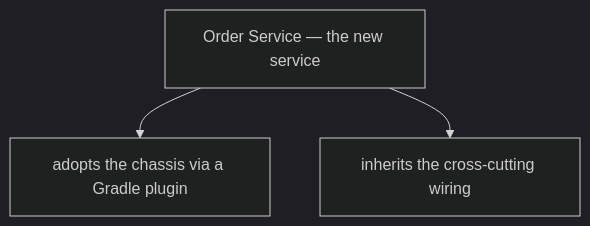
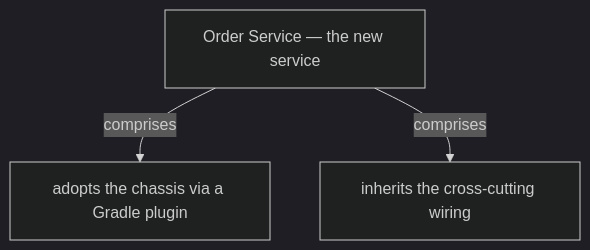
One commit to vinayakuber/microservices-io-study-guide changed the fifth of 13 diagrams in docs/ch30-microservice-chassis.md. Above: the diagram before and after it, drawn with Mermaid (dark theme). The commit also changed other lines of this file and 71 other files, not shown here.

First line of the commit message:
R18: label every diagram arrow with its meaning

````diff
--- a/docs/ch30-microservice-chassis.md
+++ b/docs/ch30-microservice-chassis.md
@@ -224,6 +224,6 @@
 ```mermaid
 flowchart TD
   R["Order Service — the new service"]
-  R --> P0["adopts the chassis via a Gradle plugin"]
-  R --> P1["inherits the cross-cutting wiring"]
+  R -->|"comprises"| P0["adopts the chassis via a Gradle plugin"]
+  R -->|"comprises"| P1["inherits the cross-cutting wiring"]
 ```
````
